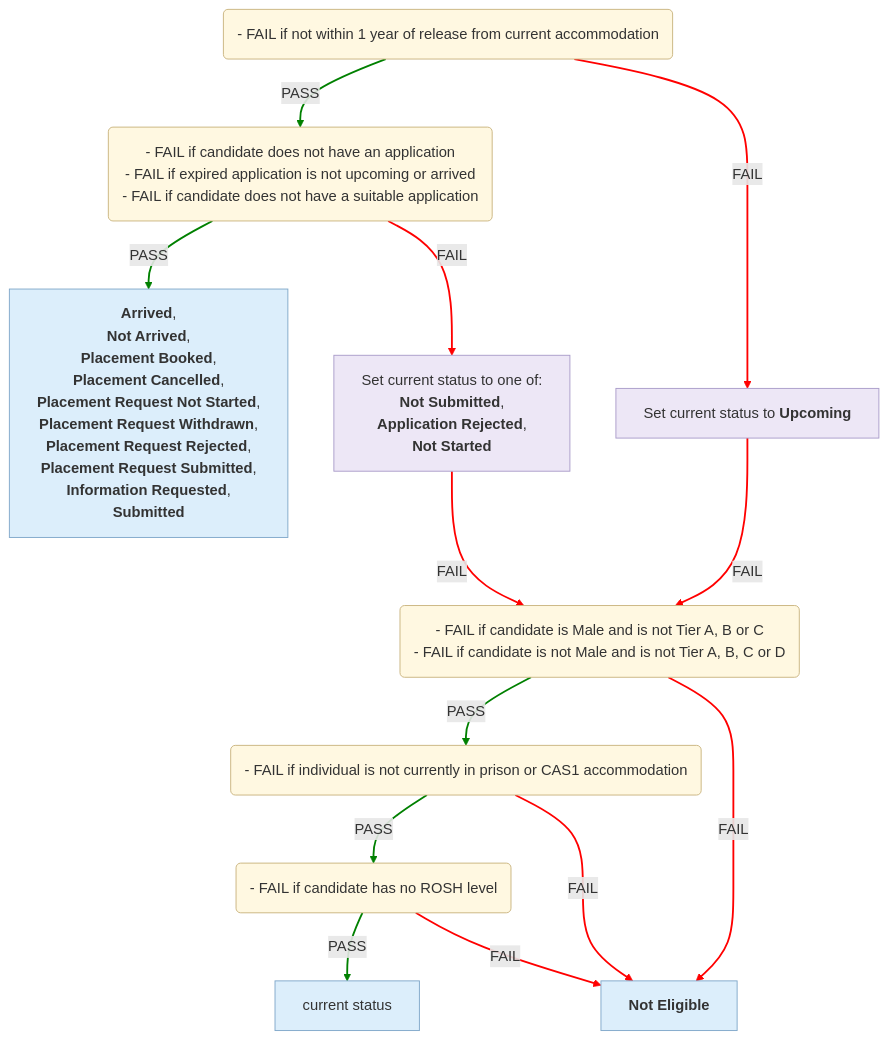
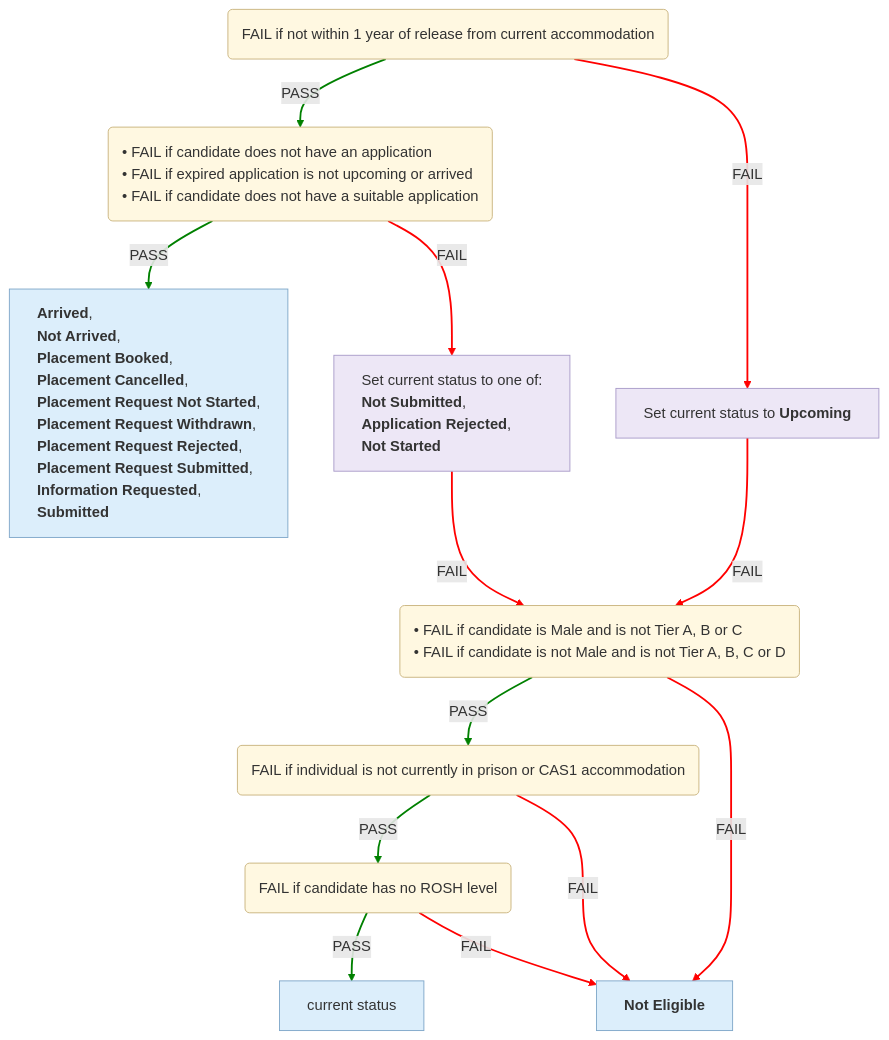
Before and after one commit to uk-gov-mirror/ministryofjustice.hmpps-single-accommodation-service-api: the first of 6 diagrams in docs/eligibility-rules-graph.md, drawn with Mermaid. The commit also changed other lines of this file and 2 other files, not shown here.

Commit message:
chore/SAS-1532-Use-UI-statuses-in-graph-instead-of-enums

````diff
--- a/docs/eligibility-rules-graph.md
+++ b/docs/eligibility-rules-graph.md
@@ -9,49 +9,49 @@
 ```mermaid
 %%{init: {"flowchart": {"wrappingWidth": 800}}}%%
 flowchart TD
-  Upcoming("- FAIL if not within 1 year of release from current accommodation")
-  Suitability("- FAIL if candidate does not have an application
-- FAIL if expired application is not upcoming or arrived
-- FAIL if candidate does not have a suitable application")
-  updater_Arrived___Not_Arrived___Placement_Booked___Placement_Cancelled___Placement_Request_Not_Started___Placement_Request_Withdrawn___Placement_Request_Rejected___Placement_Request_Submitted___Information_Requested___Submitted["<b>Arrived</b>,
+  Upcoming("<div style='text-align:left'>FAIL if not within 1 year of release from current accommodation</div>")
+  Suitability("<div style='text-align:left'>• FAIL if candidate does not have an application
+• FAIL if expired application is not upcoming or arrived
+• FAIL if candidate does not have a suitable application</div>")
+  updater_Arrived___Not_Arrived___Placement_Booked___Placement_Cancelled___Placement_Request_Not_Started___Placement_Request_Withdrawn___Placement_Request_Rejected___Placement_Request_Submitted___Information_Requested___Submitted["<div style='text-align:left'><b>Arrived</b>,
  <b>Not Arrived</b>,
  <b>Placement Booked</b>,
  <b>Placement Cancelled</b>,
  <b>Placement Request Not Started</b>,
  <b>Placement Request Withdrawn</b>,
  <b>Placement Request Rejected</b>,
  <b>Placement Request Submitted</b>,
  <b>Information Requested</b>,
- <b>Submitted</b>"]
-  updater_Set_current_status_to_one_of__Not_Submitted___Application_Rejected___Not_Started["Set current status to one of:
+ <b>Submitted</b></div>"]
+  updater_Set_current_status_to_one_of__Not_Submitted___Application_Rejected___Not_Started["<div style='text-align:left'>Set current status to one of:
 <b>Not Submitted</b>,
  <b>Application Rejected</b>,
- <b>Not Started</b>"]
-  Eligibility_Tier("- FAIL if candidate is Male and is not Tier A, B or C
-- FAIL if candidate is not Male and is not Tier A, B, C or D")
-  Eligibility_Current_Accommodation("- FAIL if individual is not currently in prison or CAS1 accommodation")
-  Eligibility_Rosh("- FAIL if candidate has no ROSH level")
-  current_status["current status"]
-  Not_Eligible["<b>Not Eligible</b>"]
-  updater_Set_current_status_to_Upcoming["Set current status to <b>Upcoming</b>"]
+ <b>Not Started</b></div>"]
+  Eligibility_Tier("<div style='text-align:left'>• FAIL if candidate is Male and is not Tier A, B or C
+• FAIL if candidate is not Male and is not Tier A, B, C or D</div>")
+  Eligibility_Current_Accommodation("<div style='text-align:left'>FAIL if individual is not currently in prison or CAS1 accommodation</div>")
+  Eligibility_Rosh("<div style='text-align:left'>FAIL if candidate has no ROSH level</div>")
+  current_status["<div style='text-align:left'>current status</div>"]
+  Not_Eligible["<div style='text-align:left'><b>Not Eligible</b></div>"]
+  updater_Set_current_status_to_Upcoming["<div style='text-align:left'>Set current status to <b>Upcoming</b></div>"]
   Suitability -->|PASS| updater_Arrived___Not_Arrived___Placement_Booked___Placement_Cancelled___Placement_Request_Not_Started___Placement_Request_Withdrawn___Placement_Request_Rejected___Placement_Request_Submitted___Information_Requested___Submitted
   Suitability -->|FAIL| updater_Set_current_status_to_one_of__Not_Submitted___Application_Rejected___Not_Started
   Eligibility_Rosh -->|PASS| current_status
   Eligibility_Rosh -->|FAIL| Not_Eligible
   Eligibility_Current_Accommodation -->|PASS| Eligibility_Rosh
   Eligibility_Current_Accommodation -->|FAIL| Not_Eligible
   Eligibility_Tier -->|PASS| Eligibility_Current_Accommodation
   Eligibility_Tier -->|FAIL| Not_Eligible
   updater_Set_current_status_to_one_of__Not_Submitted___Application_Rejected___Not_Started -->|FAIL| Eligibility_Tier
   Upcoming -->|PASS| Suitability
   Upcoming -->|FAIL| updater_Set_current_status_to_Upcoming
   updater_Set_current_status_to_Upcoming -->|FAIL| Eligibility_Tier
   linkStyle 0,2,4,6,9 stroke:green,stroke-width:2px
   linkStyle 1,3,5,7,8,10,11 stroke:red,stroke-width:2px
   classDef ruleSetNode fill:#FFF8E1,stroke:#C9B37E,color:#333
   classDef outcomeNode fill:#DCEEFB,stroke:#7FA7C9,color:#333
   classDef updaterNode fill:#EDE7F6,stroke:#A99BC9,color:#333
   class Upcoming,Suitability,Eligibility_Tier,Eligibility_Current_Accommodation,Eligibility_Rosh ruleSetNode
   class updater_Arrived___Not_Arrived___Placement_Booked___Placement_Cancelled___Placement_Request_Not_Started___Placement_Request_Withdrawn___Placement_Request_Rejected___Placement_Request_Submitted___Information_Requested___Submitted,current_status,Not_Eligible outcomeNode
   class updater_Set_current_status_to_one_of__Not_Submitted___Application_Rejected___Not_Started,updater_Set_current_status_to_Upcoming updaterNode
 ```
````
